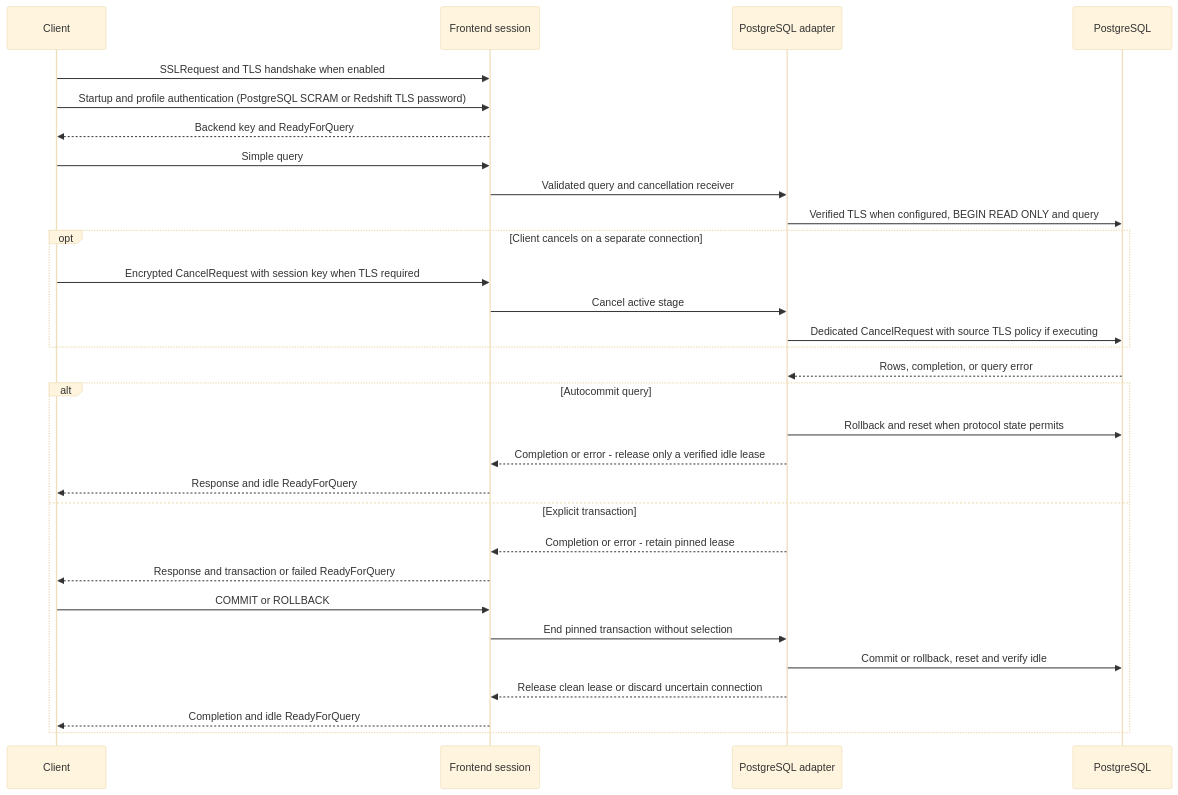
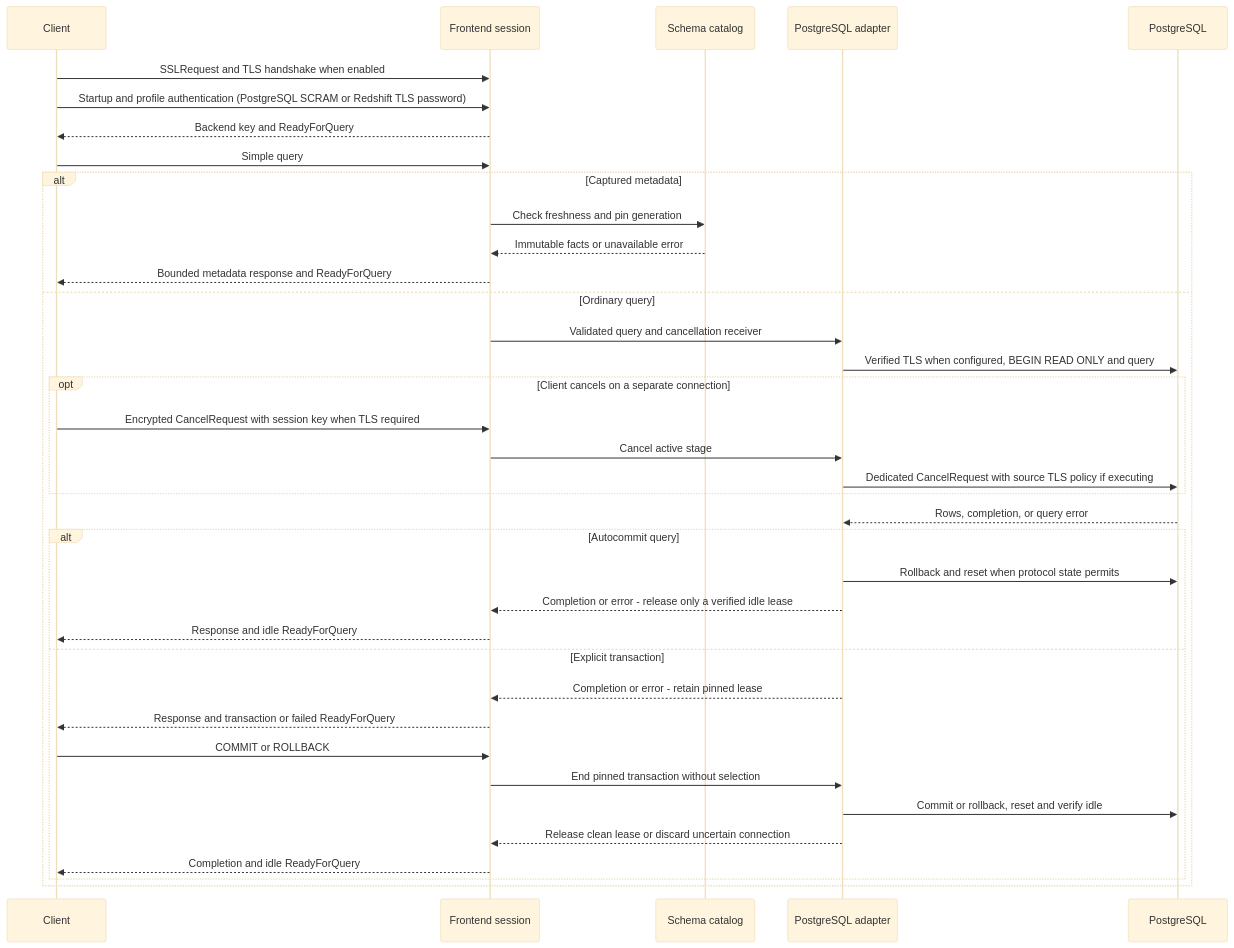
The fifth of 5 diagrams in docs/architecture.md (AbhiSinha08/yasp-analytics-proxy), drawn with Mermaid (base theme) before and after one commit. The commit also changed other lines of this file and 59 other files, not shown here.

Commit message:
Postgres Adapter Schema fetch and serve

````diff
--- a/docs/architecture.md
+++ b/docs/architecture.md
@@ -280,32 +266,39 @@
 ```mermaid
 sequenceDiagram
     participant Client
     participant Session as Frontend session
+    participant Catalog as Schema catalog
     participant Adapter as PostgreSQL adapter
     participant PG as PostgreSQL
     Client->>Session: SSLRequest and TLS handshake when enabled
     Client->>Session: Startup and profile authentication (PostgreSQL SCRAM or Redshift TLS password)
     Session-->>Client: Backend key and ReadyForQuery
     Client->>Session: Simple query
+    alt Captured metadata
+        Session->>Catalog: Check freshness and pin generation
+        Catalog-->>Session: Immutable facts or unavailable error
+        Session-->>Client: Bounded metadata response and ReadyForQuery
+    else Ordinary query
     Session->>Adapter: Validated query and cancellation receiver
     Adapter->>PG: Verified TLS when configured, BEGIN READ ONLY and query
     opt Client cancels on a separate connection
         Client->>Session: Encrypted CancelRequest with session key when TLS required
         Session->>Adapter: Cancel active stage
         Adapter->>PG: Dedicated CancelRequest with source TLS policy if executing
     end
     PG-->>Adapter: Rows, completion, or query error
     alt Autocommit query
         Adapter->>PG: Rollback and reset when protocol state permits
         Adapter-->>Session: Completion or error - release only a verified idle lease
         Session-->>Client: Response and idle ReadyForQuery
     else Explicit transaction
         Adapter-->>Session: Completion or error - retain pinned lease
         Session-->>Client: Response and transaction or failed ReadyForQuery
         Client->>Session: COMMIT or ROLLBACK
         Session->>Adapter: End pinned transaction without selection
         Adapter->>PG: Commit or rollback, reset and verify idle
         Adapter-->>Session: Release clean lease or discard uncertain connection
         Session-->>Client: Completion and idle ReadyForQuery
     end
+    end
 ```
````
